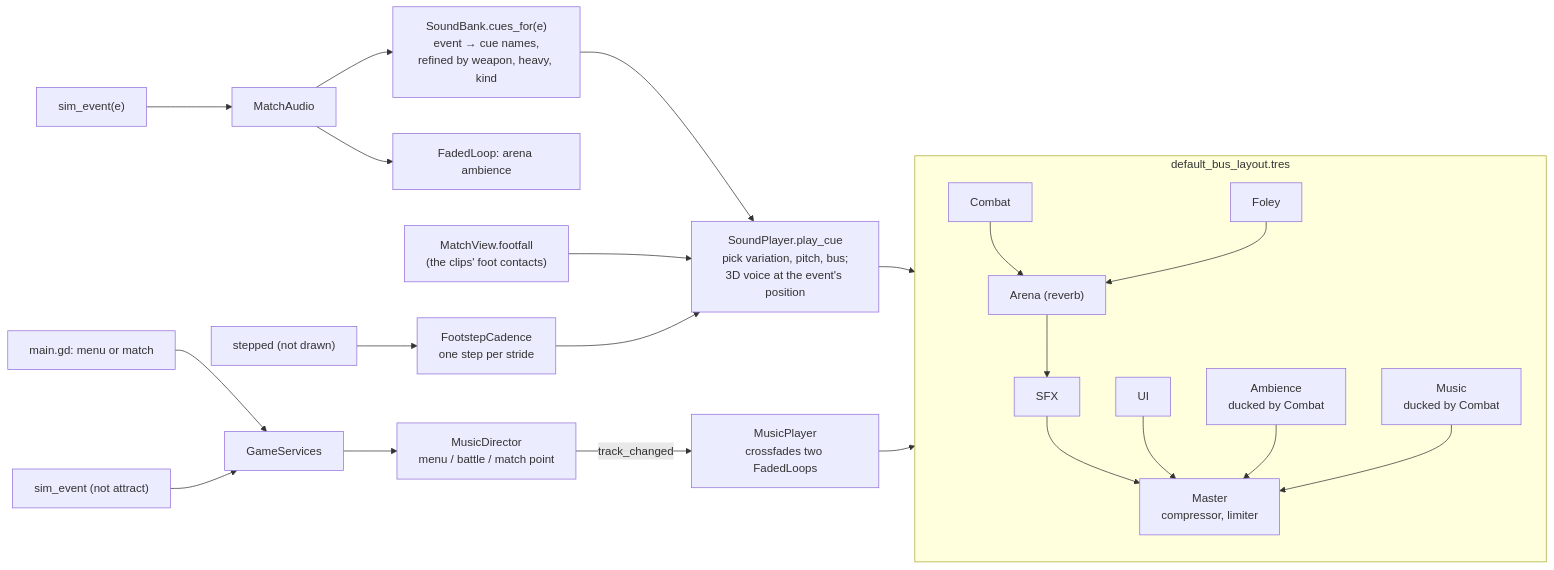
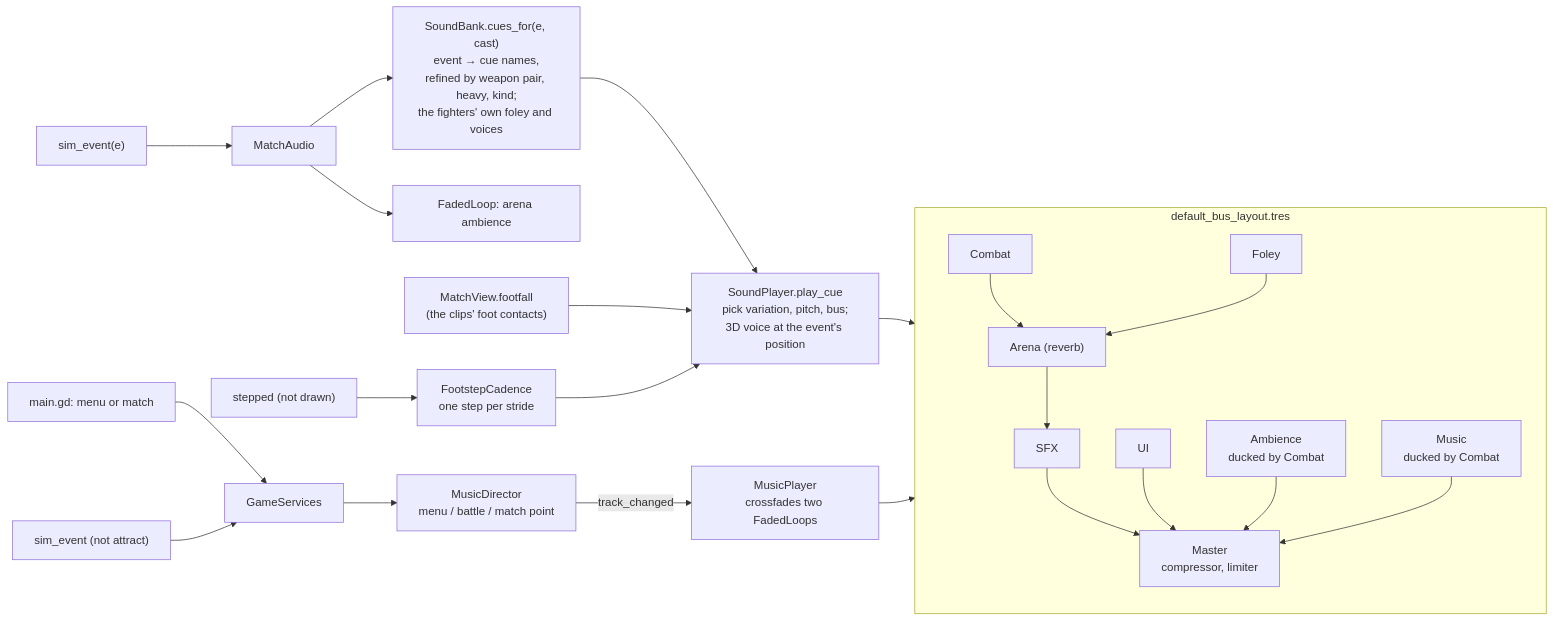
Before and after one commit to Arod231/monomachia: diagram 16 of 22 in docs/architecture.md, drawn with Mermaid. The commit also changed other lines of this file and 104 other files, not shown here.

First line of the commit message:
Give the pilot its sound: impacts by weapon pair, flesh and bone, the Hunter's foley (milestone-1 task 36)

````diff
--- a/docs/architecture.md
+++ b/docs/architecture.md
@@ -801,27 +801,27 @@
 ```mermaid
 flowchart LR
     EV["sim_event(e)"] --> MA["MatchAudio"]
-    MA --> SB["SoundBank.cues_for(e)<br/>event → cue names,<br/>refined by weapon, heavy, kind"]
+    MA --> SB["SoundBank.cues_for(e, cast)<br/>event → cue names,<br/>refined by weapon pair, heavy, kind;<br/>the fighters' own foley and voices"]
     SB --> SP["SoundPlayer.play_cue<br/>pick variation, pitch, bus;<br/>3D voice at the event's position"]
     ST["stepped (not drawn)"] --> FC["FootstepCadence<br/>one step per stride"] --> SP
     SH["MatchView.footfall<br/>(the clips' foot contacts)"] --> SP
     MA --> AMB["FadedLoop: arena ambience"]
 
     MM["main.gd: menu or match"] --> GS["GameServices"]
     EV2["sim_event (not attract)"] --> GS
     GS --> MD["MusicDirector<br/>menu / battle / match point"]
     MD -- track_changed --> MP["MusicPlayer<br/>crossfades two FadedLoops"]
 
     subgraph BUSES["default_bus_layout.tres"]
         direction TB
         COMBAT["Combat"] --> ARENA["Arena (reverb)"]
         FOLEY["Foley"] --> ARENA
         ARENA --> SFX["SFX"]
         SFX --> MASTER["Master<br/>compressor, limiter"]
         UIB["UI"] --> MASTER
         AMBB["Ambience<br/>ducked by Combat"] --> MASTER
         MUS["Music<br/>ducked by Combat"] --> MASTER
     end
     SP --> COMBAT
     MP --> MUS
 ```
````
